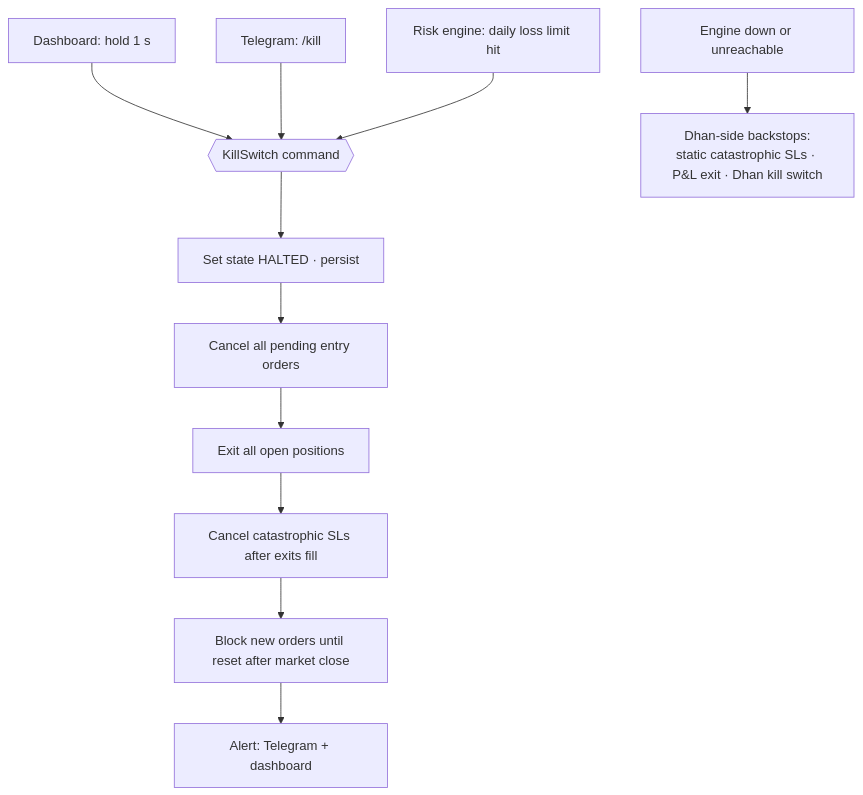
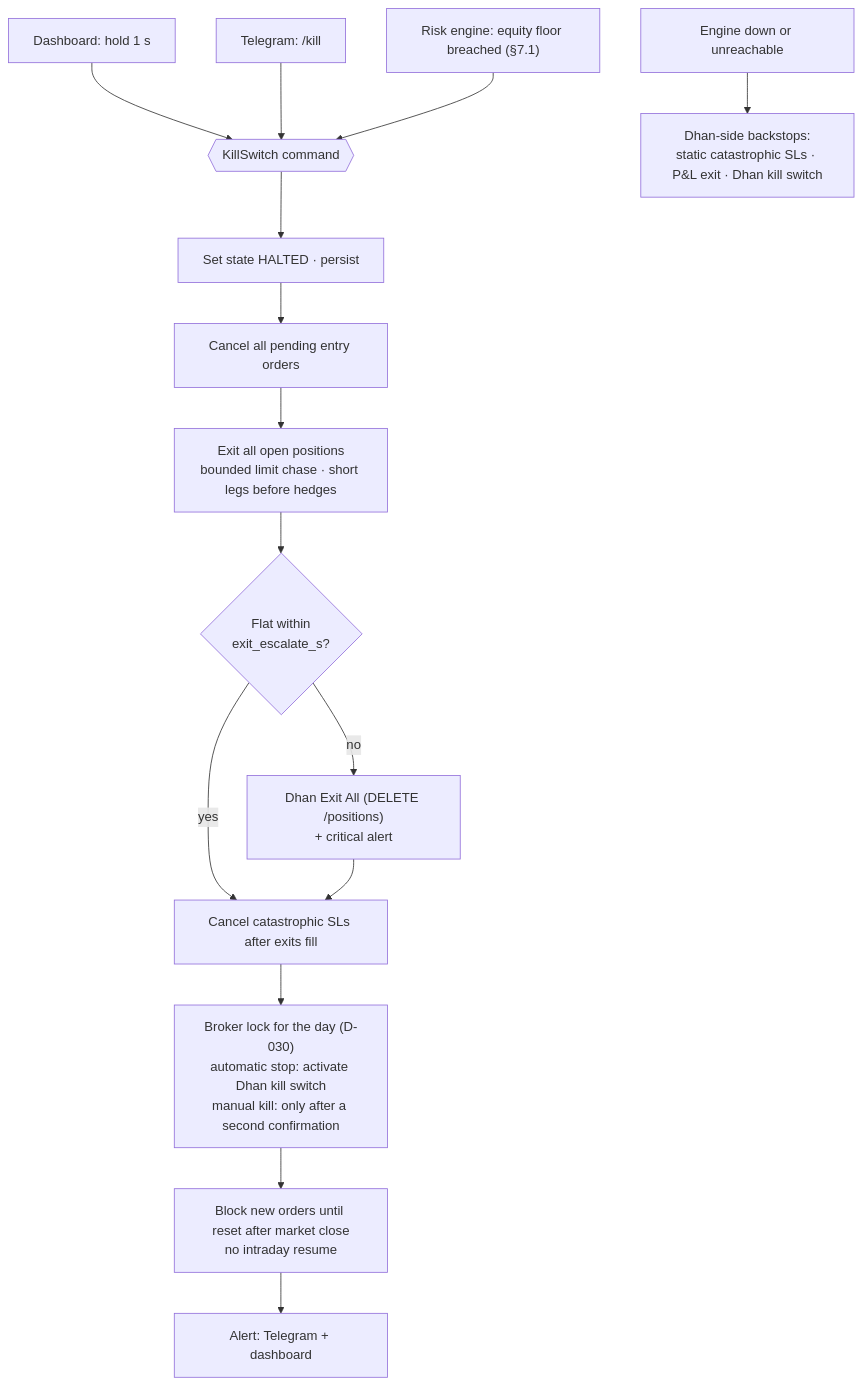
The fifth of 9 diagrams in PRD.md (balaji-murugesan/SentinelX), drawn with Mermaid before and after one commit. The commit also changed other lines of this file and 7 other files, not shown here.

````diff
--- a/PRD.md
+++ b/PRD.md
@@ -205,14 +222,18 @@
 ```mermaid
 flowchart TD
     T1["Dashboard: hold 1 s"] --> C{{"KillSwitch command"}}
     T2["Telegram: /kill"] --> C
-    T3["Risk engine: daily loss limit hit"] --> C
+    T3["Risk engine: equity floor breached (§7.1)"] --> C
     C --> S1["Set state HALTED · persist"]
     S1 --> S2["Cancel all pending entry orders"]
-    S2 --> S3["Exit all open positions"]
-    S3 --> S4["Cancel catastrophic SLs after exits fill"]
-    S4 --> S5["Block new orders until reset after market close"]
+    S2 --> S3["Exit all open positions<br/>bounded limit chase · short legs before hedges"]
+    S3 --> FLAT{"Flat within<br/>exit_escalate_s?"}
+    FLAT -->|"no"| EA["Dhan Exit All (DELETE /positions)<br/>+ critical alert"]
+    FLAT -->|"yes"| S4["Cancel catastrophic SLs after exits fill"]
+    EA --> S4
+    S4 --> KS["Broker lock for the day (D-030)<br/>automatic stop: activate Dhan kill switch<br/>manual kill: only after a second confirmation"]
+    KS --> S5["Block new orders until reset after market close<br/>no intraday resume"]
     S5 --> S6["Alert: Telegram + dashboard"]
 
     DOWN["Engine down or unreachable"] --> BK["Dhan-side backstops:<br/>static catastrophic SLs · P&L exit · Dhan kill switch"]
 ```
````
